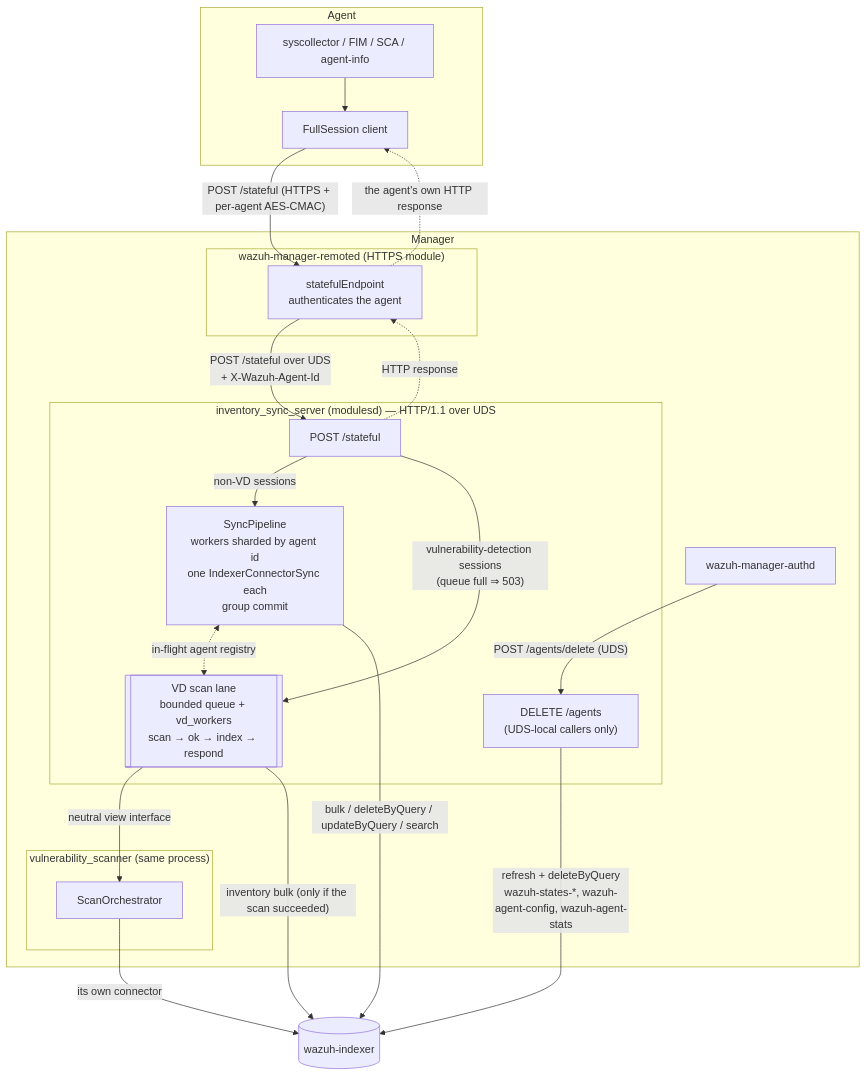
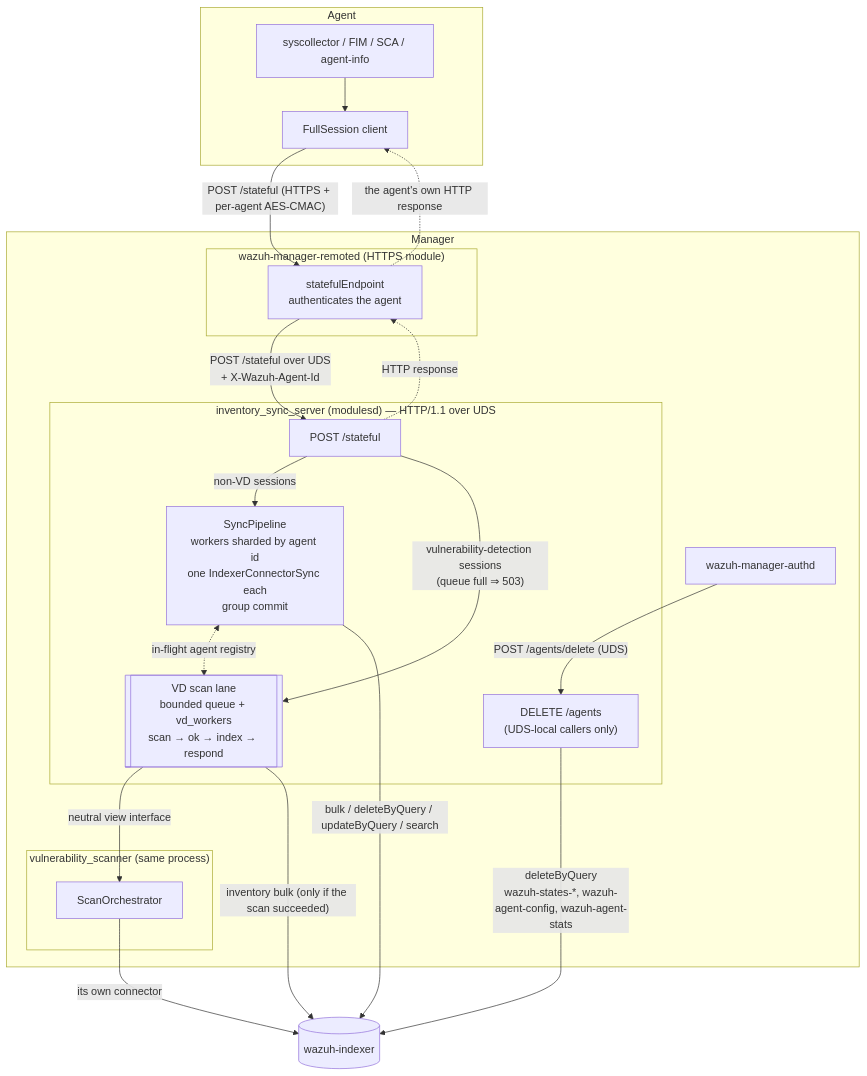
Before and after one commit to wazuh/wazuh: the first of 3 diagrams in docs/ref/modules/inventory-sync-server/architecture.md, drawn with Mermaid. The commit also changed other lines of this file and 19 other files, not shown here.

Commit message:
feat: Remove refresh before delete an agenent

````diff
--- a/docs/ref/modules/inventory-sync-server/architecture.md
+++ b/docs/ref/modules/inventory-sync-server/architecture.md
@@ -11,32 +11,32 @@
 ```mermaid
 flowchart TB
     subgraph Agent["Agent"]
         MOD[syscollector / FIM / SCA / agent-info] --> CLI[FullSession client]
     end
     CLI -->|"POST /stateful (HTTPS + per-agent AES-CMAC)"| REME
 
     subgraph Manager
         subgraph remoted["wazuh-manager-remoted (HTTPS module)"]
             REME[statefulEndpoint\nauthenticates the agent]
         end
         subgraph ISS["inventory_sync_server (modulesd) — HTTP/1.1 over UDS"]
             SYNCR["POST /stateful"] -->|non-VD sessions| PIPE[SyncPipeline\nworkers sharded by agent id\none IndexerConnectorSync each\ngroup commit]
             SYNCR -->|"vulnerability-detection sessions\n(queue full ⇒ 503)"| LANE[[VD scan lane\nbounded queue + vd_workers\nscan → ok → index → respond]]
             DELR["DELETE /agents\n(UDS-local callers only)"]
             PIPE <-.->|in-flight agent registry| LANE
         end
         REME -->|"POST /stateful over UDS\n+ X-Wazuh-Agent-Id"| SYNCR
         SYNCR -.->|HTTP response| REME
         AUTHD[wazuh-manager-authd] -->|"POST /agents/delete (UDS)"| DELR
         subgraph VD["vulnerability_scanner (same process)"]
             ORCH[ScanOrchestrator]
         end
         LANE -->|neutral view interface| ORCH
     end
 
     REME -.->|the agent's own HTTP response| CLI
     PIPE -->|bulk / deleteByQuery / updateByQuery / search| IDX[(wazuh-indexer)]
     LANE -->|"inventory bulk (only if the scan succeeded)"| IDX
-    DELR -->|"refresh + deleteByQuery\nwazuh-states-*, wazuh-agent-config, wazuh-agent-stats"| IDX
+    DELR -->|"deleteByQuery\nwazuh-states-*, wazuh-agent-config, wazuh-agent-stats"| IDX
     ORCH -->|its own connector| IDX
 ```
````
